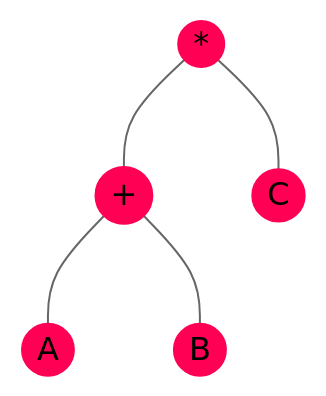
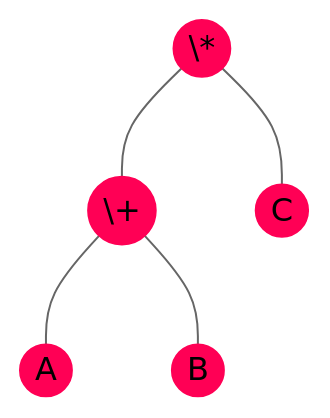
One commit to MagnoElMagnifico/blog changed the fifth of 7 diagrams in content/aed/arboles.md. Above: the diagram before and after it, drawn with Mermaid (neutral theme). The commit also changed 3 other files, not shown here.

````diff
--- a/content/aed/arboles.md
+++ b/content/aed/arboles.md
@@ -361,9 +361,9 @@
 ```mermaid
 flowchart
     classDef node stroke:#f05,fill:#f05,color:black;
 
-    M((*)) --- S((+))
+    M(("\*")) --- S(("\+"))
     S --- A((A))
     S --- B((B))
     M --- C((C))
 ```
````
